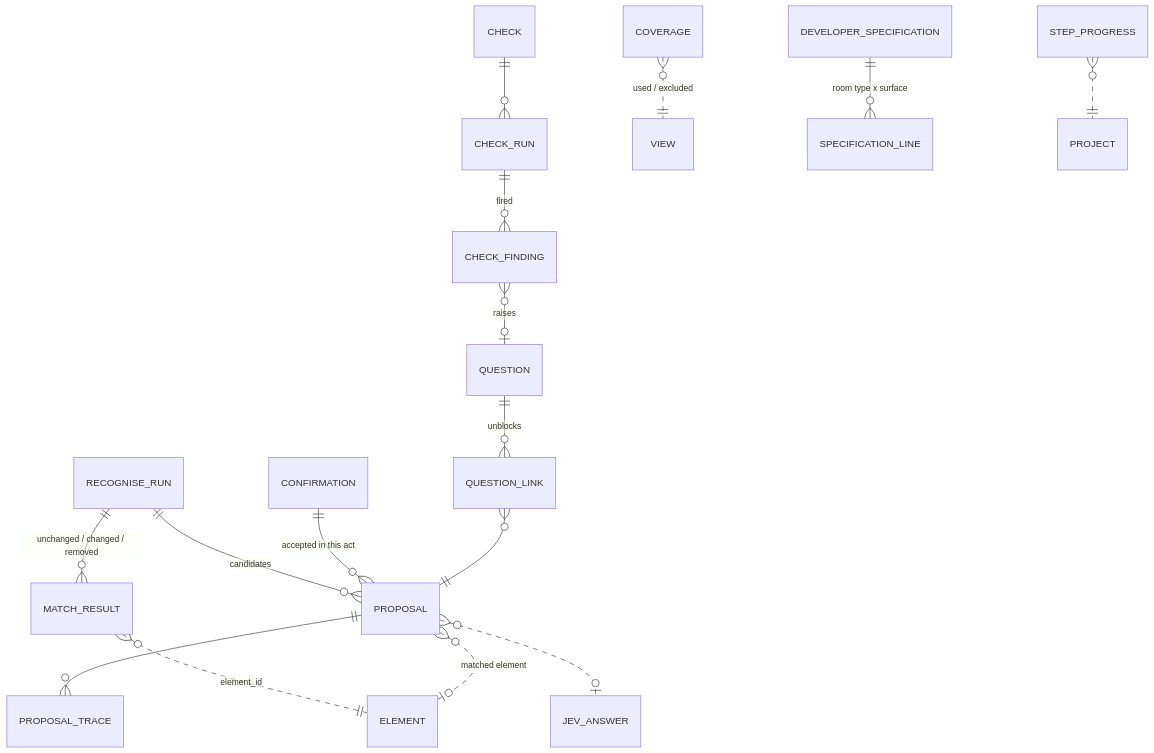
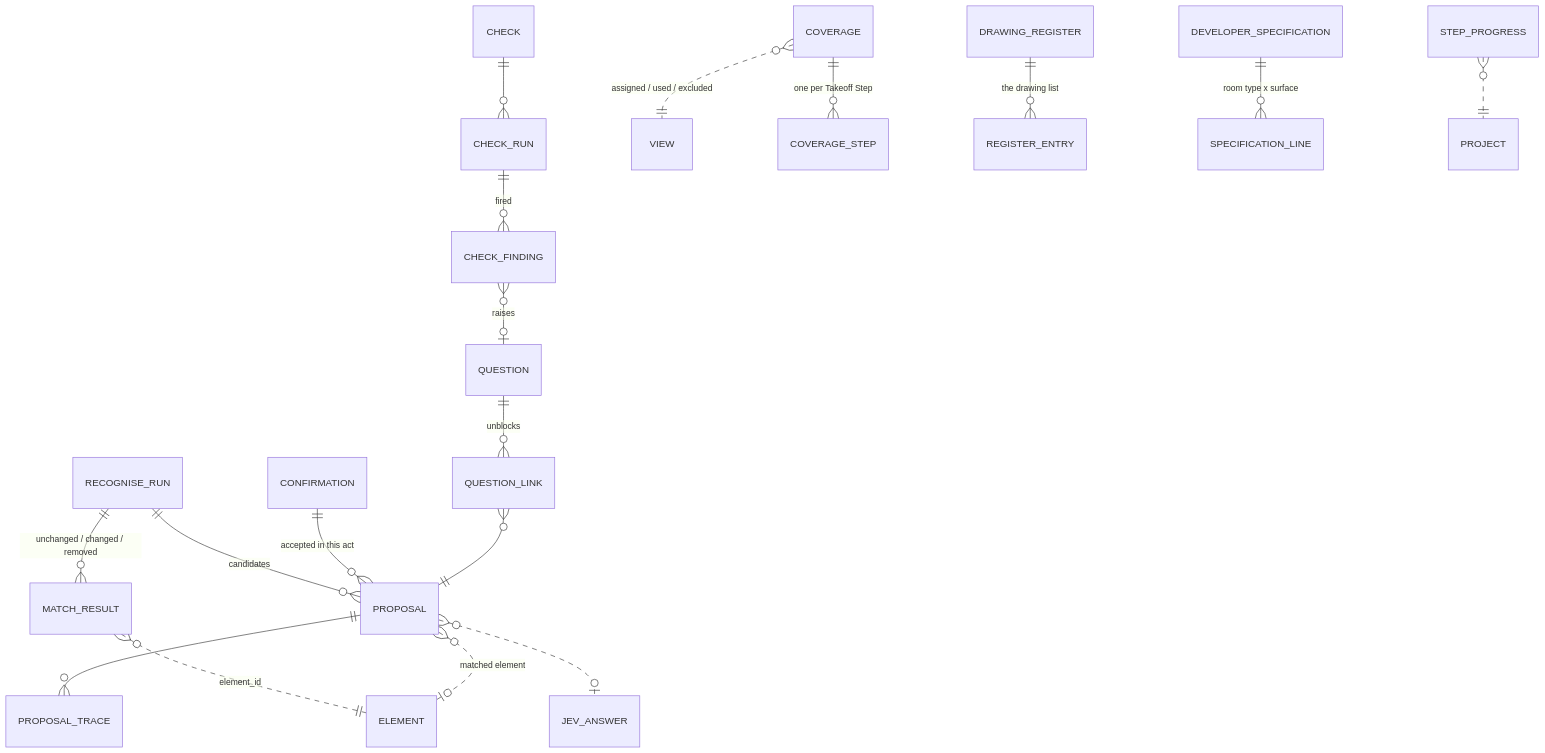
One commit to vextrus/vextrus-cubit changed the third of 5 diagrams in docs/data-model.md. Above: the diagram before and after it, drawn with Mermaid. The commit also changed other lines of this file and 16 other files, not shown here.

Commit message:
docs: D0 — Step 1 behaviour spec from the prototype, data model, CONTEXT (Sheet, View, Drawing List, Plot, As read), architecture, SDLC; gaps resolved

````diff
--- a/docs/data-model.md
+++ b/docs/data-model.md
@@ -330,18 +352,20 @@
 ```mermaid
 erDiagram
     RECOGNISE_RUN ||--o{ PROPOSAL : "candidates"
     RECOGNISE_RUN ||--o{ MATCH_RESULT : "unchanged / changed / removed"
     MATCH_RESULT }o..|| ELEMENT : "element_id"
     PROPOSAL ||--o{ PROPOSAL_TRACE : ""
     PROPOSAL }o..o| ELEMENT : "matched element"
     PROPOSAL }o..o| JEV_ANSWER : ""
     CONFIRMATION ||--o{ PROPOSAL : "accepted in this act"
     QUESTION ||--o{ QUESTION_LINK : "unblocks"
     QUESTION_LINK }o--|| PROPOSAL : ""
     CHECK ||--o{ CHECK_RUN : ""
     CHECK_RUN ||--o{ CHECK_FINDING : "fired"
     CHECK_FINDING }o--o| QUESTION : "raises"
-    COVERAGE }o..|| VIEW : "used / excluded"
+    COVERAGE }o..|| VIEW : "assigned / used / excluded"
+    COVERAGE ||--o{ COVERAGE_STEP : "one per Takeoff Step"
+    DRAWING_REGISTER ||--o{ REGISTER_ENTRY : "the drawing list"
     DEVELOPER_SPECIFICATION ||--o{ SPECIFICATION_LINE : "room type x surface"
     STEP_PROGRESS }o..|| PROJECT : ""
 ```
````
